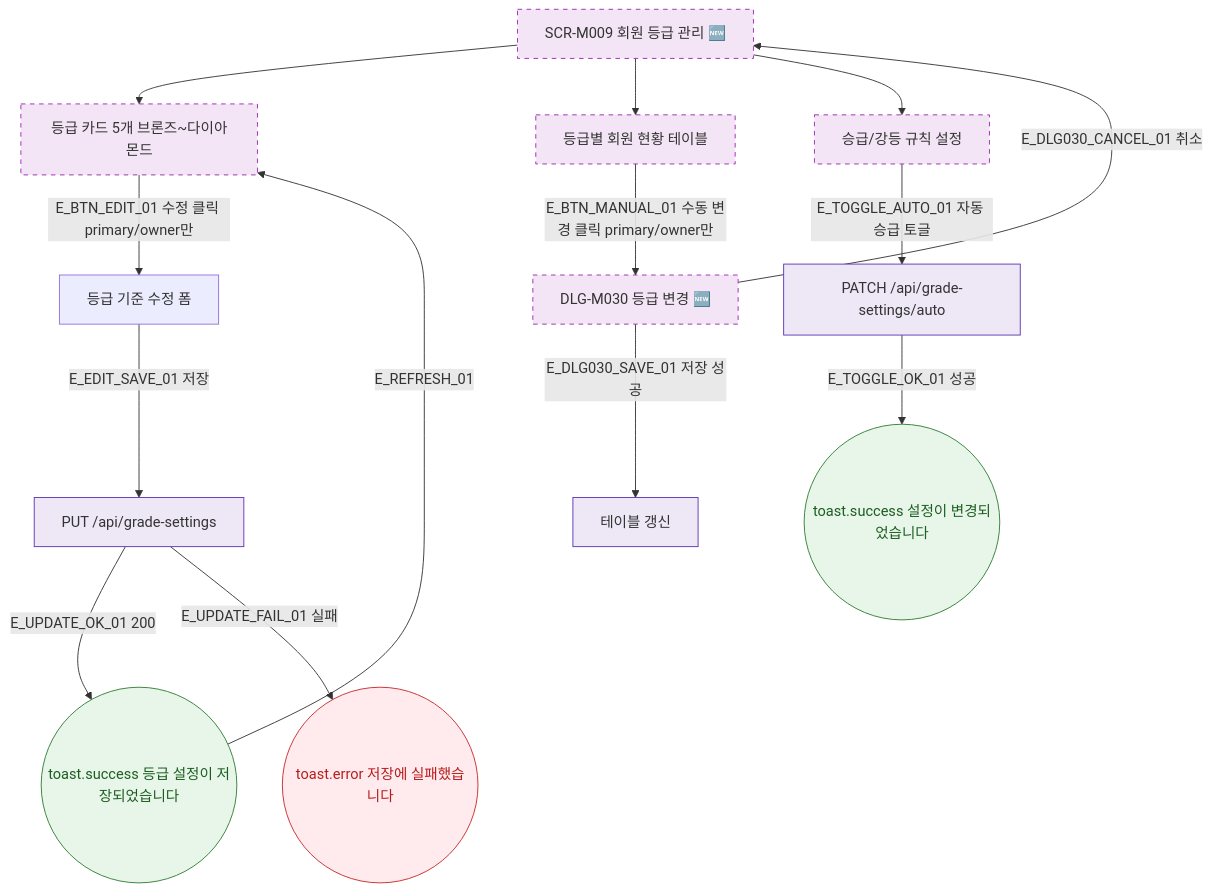
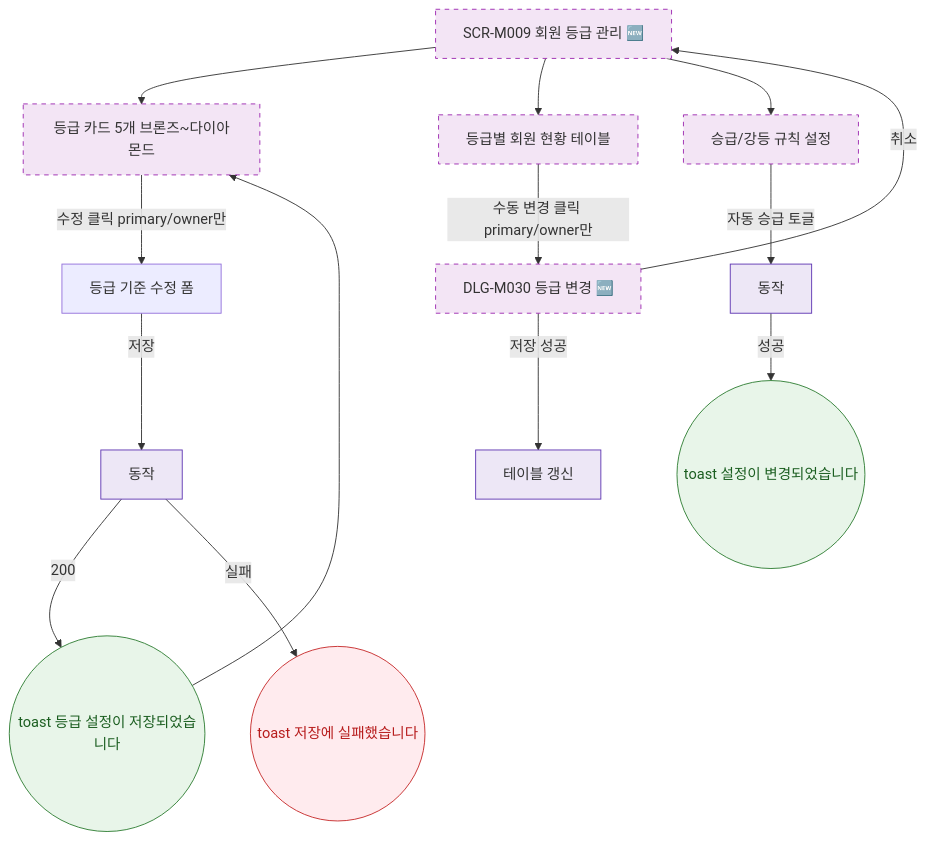
One commit to dev-spogym/admin-pando changed the diagram in docs/다이어그램/D02_회원관리/SCR-M009_등급관리/F2_메인인터랙션.md. Above: the diagram before and after it, drawn with Mermaid. The commit also changed other lines of this file and 1660 other files, not shown here.

First line of the commit message:
다이어그램: 기획자/클라이언트 납품본으로 정리

````diff
--- a/docs/다이어그램/D02_회원관리/SCR-M009_등급관리/F2_메인인터랙션.md
+++ b/docs/다이어그램/D02_회원관리/SCR-M009_등급관리/F2_메인인터랙션.md
@@ -22,32 +20,32 @@
 ```mermaid
 flowchart TD
   SCR_M009[SCR-M009 회원 등급 관리 🆕]
 
   SCR_M009 --> GRADE_CARDS[등급 카드 5개 브론즈~다이아몬드]
   SCR_M009 --> MEMBER_TABLE[등급별 회원 현황 테이블]
   SCR_M009 --> RULES_SECTION[승급/강등 규칙 설정]
 
-  GRADE_CARDS -->|E_BTN_EDIT_01 수정 클릭 primary/owner만| EDIT_FORM[등급 기준 수정 폼]
-  EDIT_FORM -->|E_EDIT_SAVE_01 저장| API_UPDATE_GRADE[PUT /api/grade-settings]
-  API_UPDATE_GRADE -->|E_UPDATE_OK_01 200| TOAST_OK((toast.success 등급 설정이 저장되었습니다))
-  API_UPDATE_GRADE -->|E_UPDATE_FAIL_01 실패| TOAST_ERR((toast.error 저장에 실패했습니다))
-  TOAST_OK -->|E_REFRESH_01| GRADE_CARDS
+  GRADE_CARDS -->|수정 클릭 primary/owner만|EDIT_FORM[등급 기준 수정 폼]
+  EDIT_FORM -->|저장|API_UPDATE_GRADE[동작]
+  API_UPDATE_GRADE -->|200|TOAST_OK((toast 등급 설정이 저장되었습니다))
+  API_UPDATE_GRADE -->|실패|TOAST_ERR((toast 저장에 실패했습니다))
+  TOAST_OK --> GRADE_CARDS
 
-  MEMBER_TABLE -->|E_BTN_MANUAL_01 수동 변경 클릭 primary/owner만| DLG_M030[DLG-M030 등급 변경 🆕]
-  DLG_M030 -->|E_DLG030_CANCEL_01 취소| SCR_M009
-  DLG_M030 -->|E_DLG030_SAVE_01 저장 성공| REFRESH_TABLE[테이블 갱신]
+  MEMBER_TABLE -->|수동 변경 클릭 primary/owner만|DLG_M030[DLG-M030 등급 변경 🆕]
+  DLG_M030 -->|취소|SCR_M009
+  DLG_M030 -->|저장 성공|REFRESH_TABLE[테이블 갱신]
 
-  RULES_SECTION -->|E_TOGGLE_AUTO_01 자동 승급 토글| API_TOGGLE[PATCH /api/grade-settings/auto]
-  API_TOGGLE -->|E_TOGGLE_OK_01 성공| TOAST_TOGGLE_OK((toast.success 설정이 변경되었습니다))
+  RULES_SECTION -->|자동 승급 토글|API_TOGGLE[동작]
+  API_TOGGLE -->|성공|TOAST_TOGGLE_OK((toast 설정이 변경되었습니다))
 
-  classDef screen     fill:#E3F2FD,stroke:#1976D2,color:#0D47A1
+  classDef screen fill:#E3F2FD,stroke:#1976D2,color:#0D47A1
   classDef newFeature fill:#F3E5F5,stroke:#9C27B0,stroke-dasharray:5 5
-  classDef success    fill:#E8F5E9,stroke:#2E7D32,color:#1B5E20
-  classDef error      fill:#FFEBEE,stroke:#C62828,color:#B71C1C
-  classDef system     fill:#EDE7F6,stroke:#5E35B2
+  classDef success fill:#E8F5E9,stroke:#2E7D32,color:#1B5E20
+  classDef error fill:#FFEBEE,stroke:#C62828,color:#B71C1C
+  classDef system fill:#EDE7F6,stroke:#5E35B2
 
   class SCR_M009,DLG_M030,GRADE_CARDS,MEMBER_TABLE,RULES_SECTION newFeature
   class TOAST_OK,TOAST_TOGGLE_OK success
   class TOAST_ERR error
   class API_UPDATE_GRADE,API_TOGGLE,REFRESH_TABLE system
 ```
````
